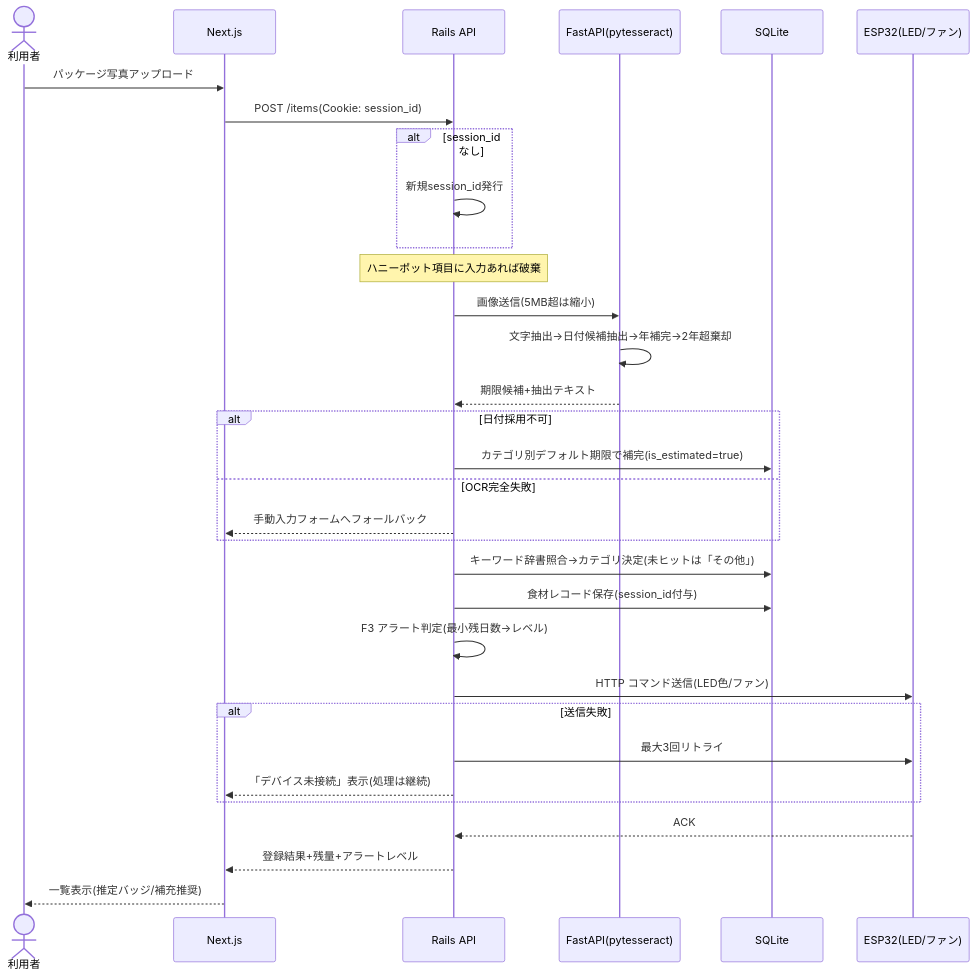
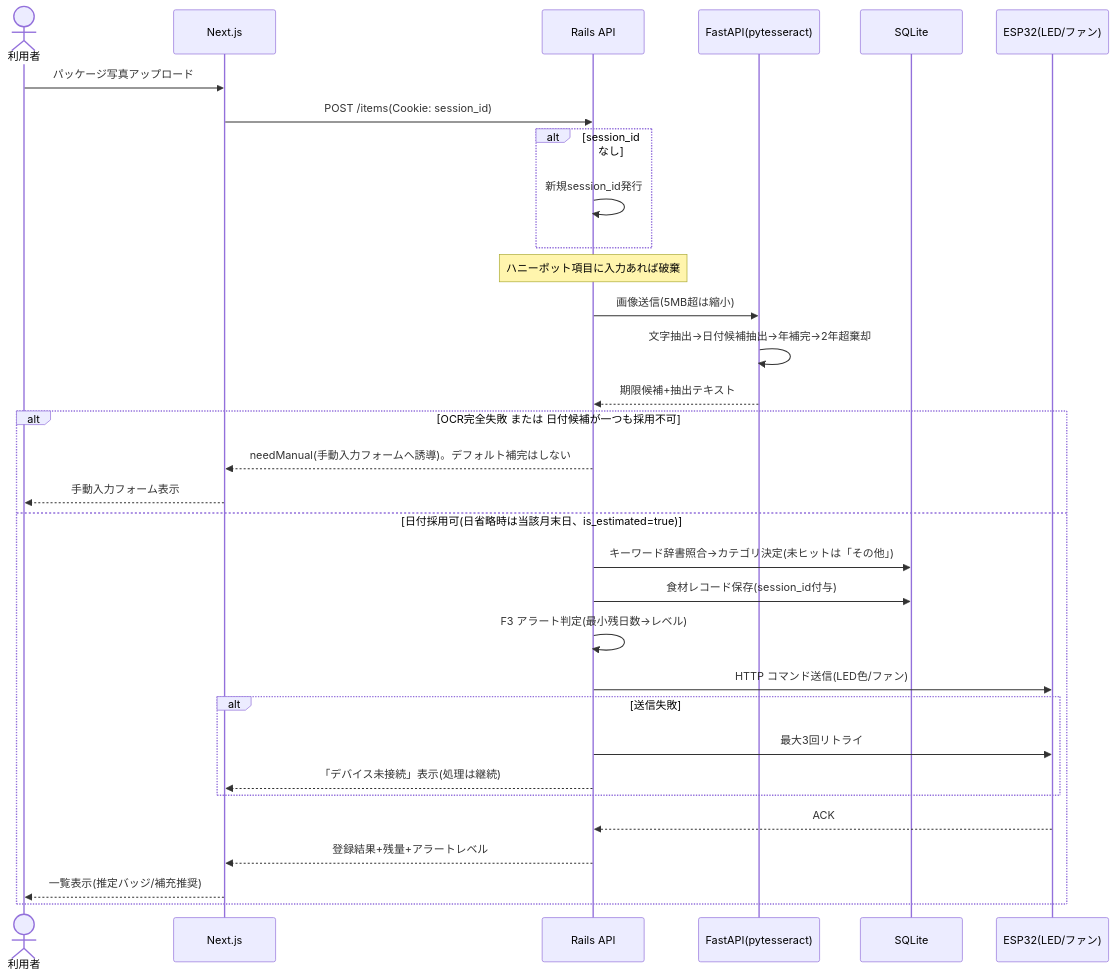
The third of 6 diagrams in fridge-watch-demo_design_documents.md (rictaworks/fridge-watch-demo), drawn with Mermaid before and after one commit. The commit also changed other lines of this file and 9 other files, not shown here.

````diff
--- a/fridge-watch-demo_design_documents.md
+++ b/fridge-watch-demo_design_documents.md
@@ -230,35 +230,35 @@
 ```mermaid
 sequenceDiagram
     actor User as 利用者
     participant FE as Next.js
     participant BE as Rails API
     participant OCR as FastAPI(pytesseract)
     participant DB as SQLite
     participant ESP as ESP32(LED/ファン)
 
     User->>FE: パッケージ写真アップロード
     FE->>BE: POST /items(Cookie: session_id)
     alt session_id なし
         BE->>BE: 新規session_id発行
     end
     Note over BE: ハニーポット項目に入力あれば破棄
     BE->>OCR: 画像送信(5MB超は縮小)
     OCR->>OCR: 文字抽出→日付候補抽出→年補完→2年超棄却
     OCR-->>BE: 期限候補+抽出テキスト
-    alt 日付採用不可
-        BE->>DB: カテゴリ別デフォルト期限で補完(is_estimated=true)
-    else OCR完全失敗
-        BE-->>FE: 手動入力フォームへフォールバック
+    alt OCR完全失敗 または 日付候補が一つも採用不可
+        BE-->>FE: needManual(手動入力フォームへ誘導)。デフォルト補完はしない
+        FE-->>User: 手動入力フォーム表示
+    else 日付採用可(日省略時は当該月末日、is_estimated=true)
+        BE->>DB: キーワード辞書照合→カテゴリ決定(未ヒットは「その他」)
+        BE->>DB: 食材レコード保存(session_id付与)
+        BE->>BE: F3 アラート判定(最小残日数→レベル)
+        BE->>ESP: HTTP コマンド送信(LED色/ファン)
+        alt 送信失敗
+            BE->>ESP: 最大3回リトライ
+            BE-->>FE: 「デバイス未接続」表示(処理は継続)
+        end
+        ESP-->>BE: ACK
+        BE-->>FE: 登録結果+残量+アラートレベル
+        FE-->>User: 一覧表示(推定バッジ/補充推奨)
     end
-    BE->>DB: キーワード辞書照合→カテゴリ決定(未ヒットは「その他」)
-    BE->>DB: 食材レコード保存(session_id付与)
-    BE->>BE: F3 アラート判定(最小残日数→レベル)
-    BE->>ESP: HTTP コマンド送信(LED色/ファン)
-    alt 送信失敗
-        BE->>ESP: 最大3回リトライ
-        BE-->>FE: 「デバイス未接続」表示(処理は継続)
-    end
-    ESP-->>BE: ACK
-    BE-->>FE: 登録結果+残量+アラートレベル
-    FE-->>User: 一覧表示(推定バッジ/補充推奨)
 ```
````
